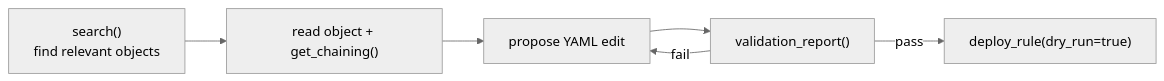
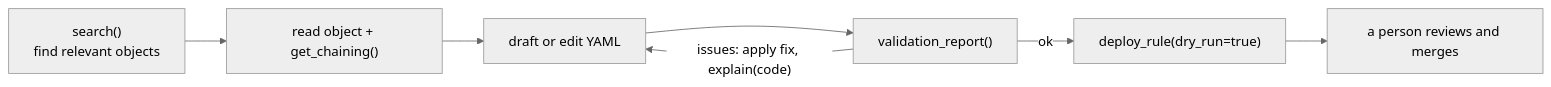
Before and after one commit to opentidehq/website: the diagram in content/docs/usage/workflows/agentic-setup.mdx, drawn with Mermaid (neutral theme). The commit also changed other lines of this file and 42 other files, not shown here.

````diff
--- a/content/docs/usage/workflows/agentic-setup.mdx
+++ b/content/docs/usage/workflows/agentic-setup.mdx
@@ -88,8 +102,9 @@
 ```mermaid
 flowchart LR
   search["search()<br/>find relevant objects"] --> read["read object + get_chaining()"]
-  read --> edit["propose YAML edit"]
+  read --> edit["draft or edit YAML"]
   edit --> validate["validation_report()"]
-  validate -->|pass| dryrun["deploy_rule(dry_run=true)"]
-  validate -->|fail| edit
+  validate -->|ok| dryrun["deploy_rule(dry_run=true)"]
+  validate -->|"issues: apply fix, explain(code)"| edit
+  dryrun --> human["a person reviews and merges"]
 ```
````
